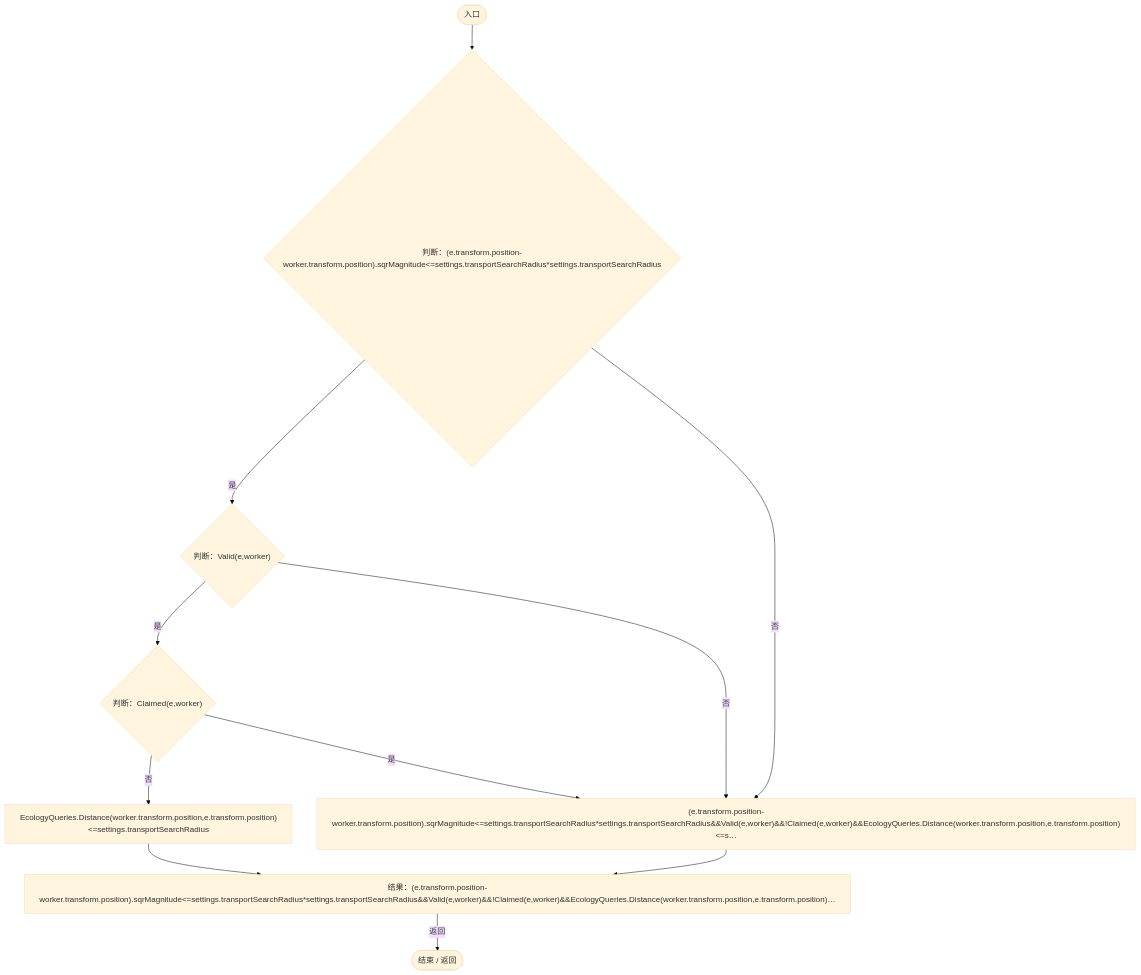
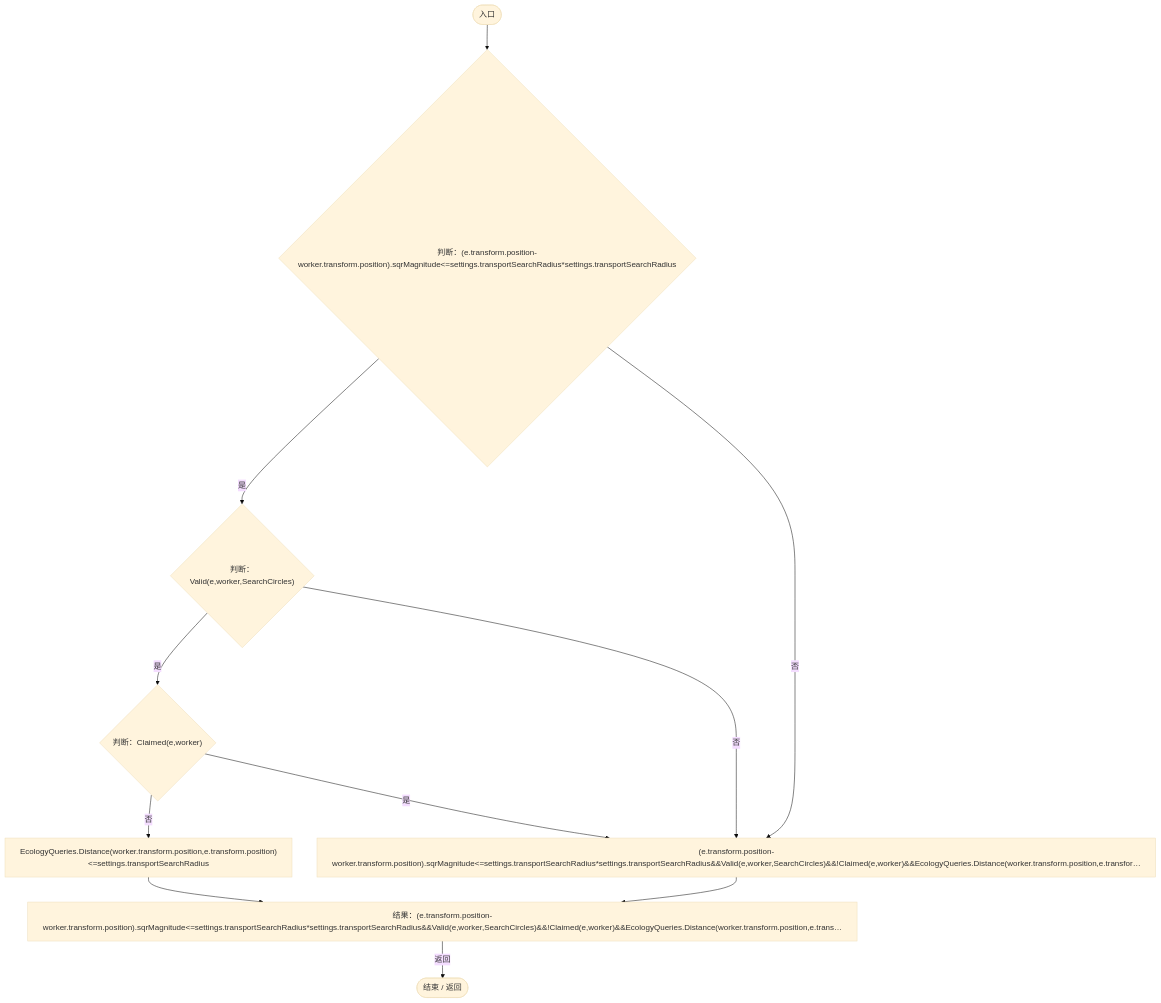
The tenth of 19 diagrams in Docs/运行流程图/脚本/8a0cca2020271b6f.md (xhs6666/Darwin_paradise), drawn with Mermaid (base theme) before and after one commit. The commit also changed other lines of this file and 184 other files, not shown here.

````diff
--- a/Docs/运行流程图/脚本/8a0cca2020271b6f.md
+++ b/Docs/运行流程图/脚本/8a0cca2020271b6f.md
@@ -557,22 +580,22 @@
 ```mermaid
 flowchart TD
   b0(["入口"])
   b1{"判断：(e.transform.position-worker.transform.position).sqrMagnitude&lt;=settings.transportSearchRadius*settings.transportSearchRadius"}
-  b2{"判断：Valid(e,worker)"}
+  b2{"判断：Valid(e,worker,SearchCircles)"}
   b3{"判断：Claimed(e,worker)"}
   b4["EcologyQueries.Distance(worker.transform.position,e.transform.position)&lt;=settings.transportSearchRadius"]
-  b5["(e.transform.position-worker.transform.position).sqrMagnitude&lt;=settings.transportSearchRadius*settings.transportSearchRadius&amp;&amp;Valid(e,worker)&amp;&amp;!Claimed(e,worker)&amp;&amp;EcologyQueries.Distance(worker.transform.position,e.transform.position)&lt;=s…"]
-  b6["结果：(e.transform.position-worker.transform.position).sqrMagnitude&lt;=settings.transportSearchRadius*settings.transportSearchRadius&amp;&amp;Valid(e,worker)&amp;&amp;!Claimed(e,worker)&amp;&amp;EcologyQueries.Distance(worker.transform.position,e.transform.position)…"]
+  b5["(e.transform.position-worker.transform.position).sqrMagnitude&lt;=settings.transportSearchRadius*settings.transportSearchRadius&amp;&amp;Valid(e,worker,SearchCircles)&amp;&amp;!Claimed(e,worker)&amp;&amp;EcologyQueries.Distance(worker.transform.position,e.transfor…"]
+  b6["结果：(e.transform.position-worker.transform.position).sqrMagnitude&lt;=settings.transportSearchRadius*settings.transportSearchRadius&amp;&amp;Valid(e,worker,SearchCircles)&amp;&amp;!Claimed(e,worker)&amp;&amp;EcologyQueries.Distance(worker.transform.position,e.trans…"]
   b7(["结束 / 返回"])
   b0 --> b1
   b1 -->|"是"| b2
   b1 -->|"否"| b5
   b2 -->|"是"| b3
   b2 -->|"否"| b5
   b3 -->|"否"| b4
   b3 -->|"是"| b5
   b4 --> b6
   b5 --> b6
   b6 -->|"返回"| b7
 
 ```
````
